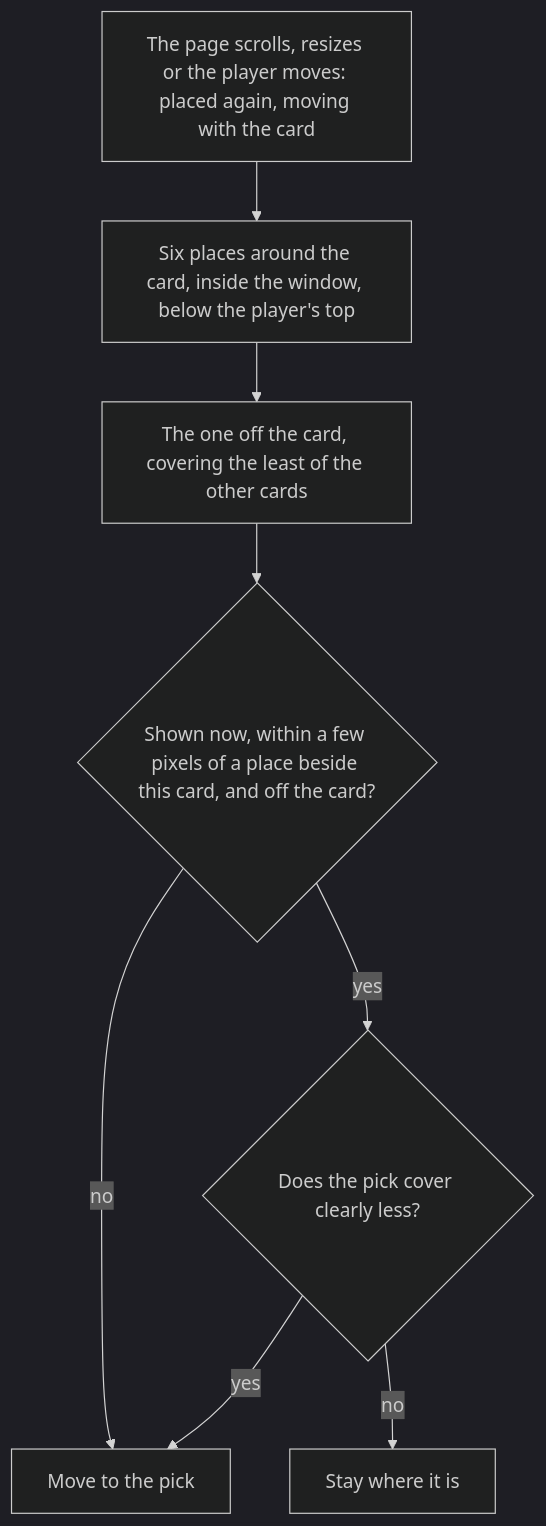
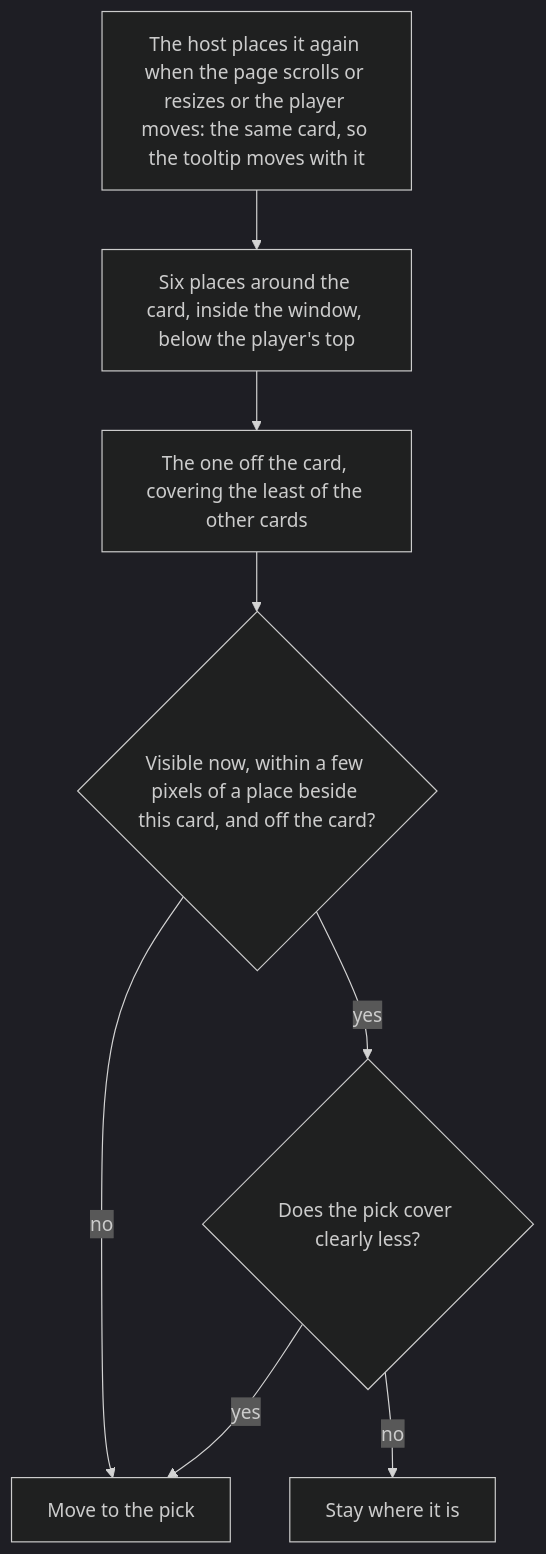
Before and after one commit to ryangswe/duelsight: diagram 11 of 14 in docs/hover-map.md, drawn with Mermaid (dark theme). The commit also changed other lines of this file and 82 other files, not shown here.

First line of the commit message:
Card hovers on the cardvision toolkit's shared hover host (#51)

````diff
--- a/docs/hover-map.md
+++ b/docs/hover-map.md
@@ -495,17 +551,17 @@
 ```mermaid
 flowchart TD
   PLACE["Six places around the card, inside the window, below the player's top"]
   PICK["The one off the card, covering the least of the other cards"]
-  SHOWN{"Shown now, within a few pixels of a place beside this card, and off the card?"}
+  SHOWN{"Visible now, within a few pixels of a place beside this card, and off the card?"}
   BETTER{"Does the pick cover clearly less?"}
   STAY["Stay where it is"]
   MOVE["Move to the pick"]
-  AGAIN["The page scrolls, resizes or the player moves: placed again, moving with the card"]
+  AGAIN["The host places it again when the page scrolls or resizes or the player moves: the same card, so the tooltip moves with it"]
 
   PLACE --> PICK --> SHOWN
   SHOWN -->|"no"| MOVE
   SHOWN -->|"yes"| BETTER
   BETTER -->|"yes"| MOVE
   BETTER -->|"no"| STAY
   AGAIN --> PLACE
 ```
````
